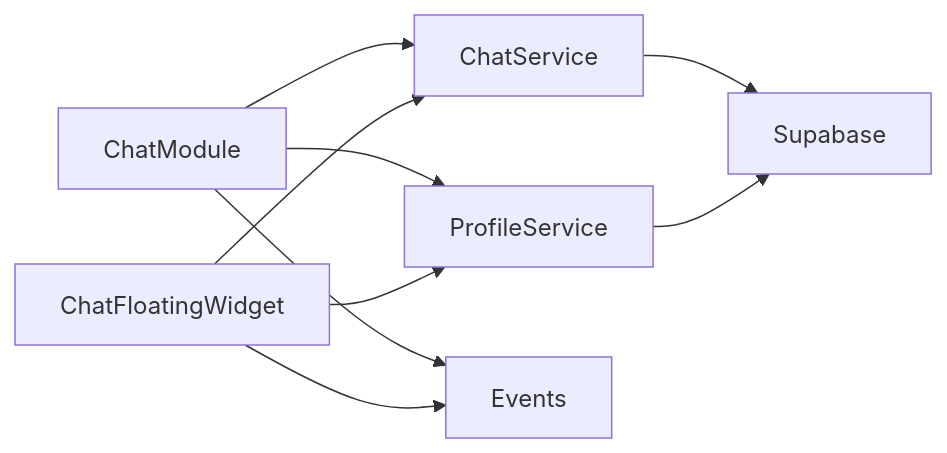
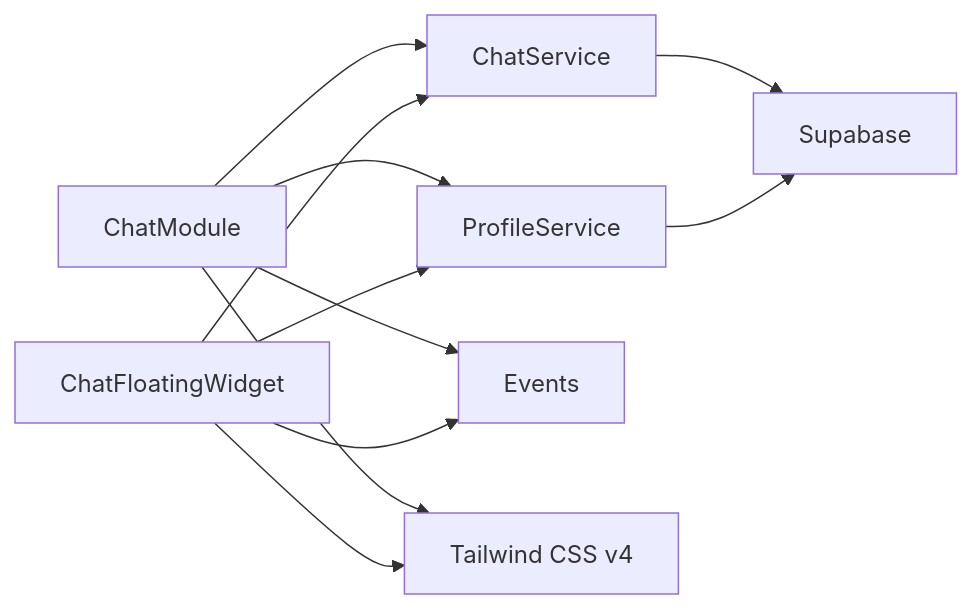
The eighth of 8 diagrams in .qoder/repowiki/en/content/Core Modules/Chat & Collaboration.md (usermontalvao/CRMlaw), drawn with Mermaid before and after one commit. The commit also changed other lines of this file and 1 other file, not shown here.

````diff
--- a/.qoder/repowiki/en/content/Core Modules/Chat & Collaboration.md
+++ b/.qoder/repowiki/en/content/Core Modules/Chat & Collaboration.md
@@ -328,11 +415,13 @@
 ```mermaid
 graph LR
 CM["ChatModule"] --> CS["ChatService"]
 CM --> PS["ProfileService"]
 CM --> EV["Events"]
+CM --> TWCSS["Tailwind CSS v4"]
 FW["ChatFloatingWidget"] --> CS
 FW --> PS
 FW --> EV
+FW --> TWCSS
 CS --> DB["Supabase"]
 PS --> DB
 ```
````
